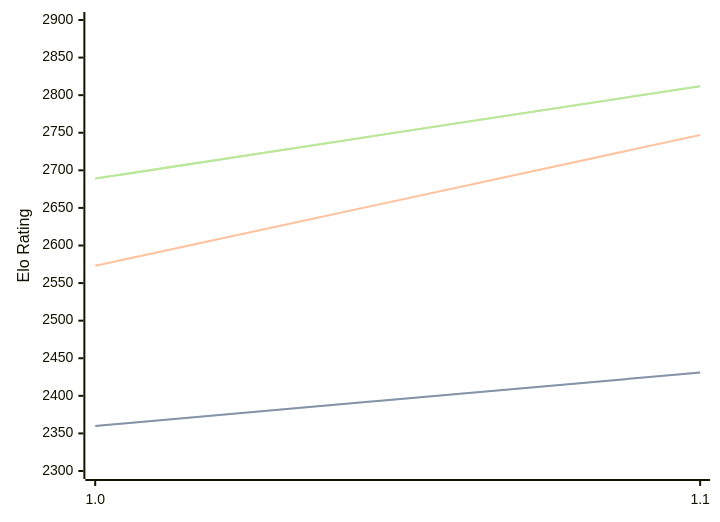
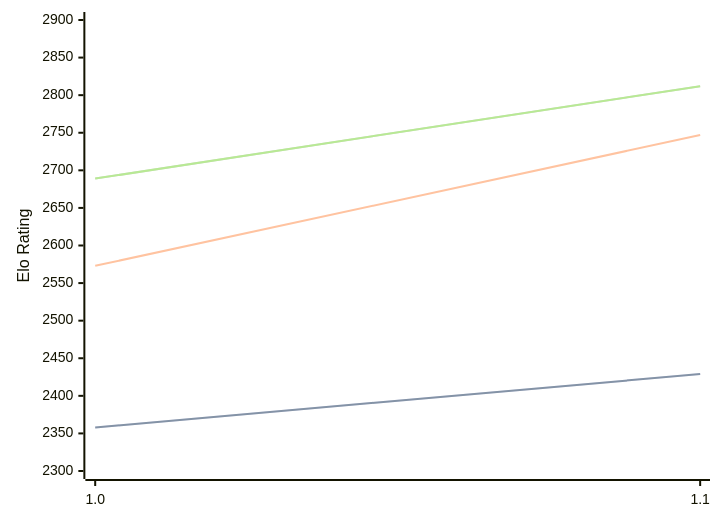
One commit to computer-chess-index/cci changed the diagram in engines/FoxChess.md. Above: the diagram before and after it, drawn with Mermaid. The commit also changed other lines of this file, not shown here.

````diff
--- a/engines/FoxChess.md
+++ b/engines/FoxChess.md
@@ -32,11 +32,11 @@
 ```mermaid
 %%{init: {"theme":"base","themeVariables":{"seriesColors:['#a3a3a3','#222221','#faa371']}}}%%
 xychart-beta
   x-axis ["1.0", "1.1"]
   y-axis "Elo Rating" 2300 --> 2900
-  line "STC (8.0+0.08s)" [2360, 2431]
-  line "STC (8.0+0.08s)" [2360, 2431]
+  line "STC (8.0+0.08s)" [2358, 2429]
+  line "STC (8.0+0.08s)" [2358, 2429]
   line "LTC (60.0+0.60s)" [2573, 2747]
   line "VLTC (2m24s+1.12s)" [2689, 2812]
   line "VLTC (2m24s+1.12s)" [2689, 2812]
 ```
````
